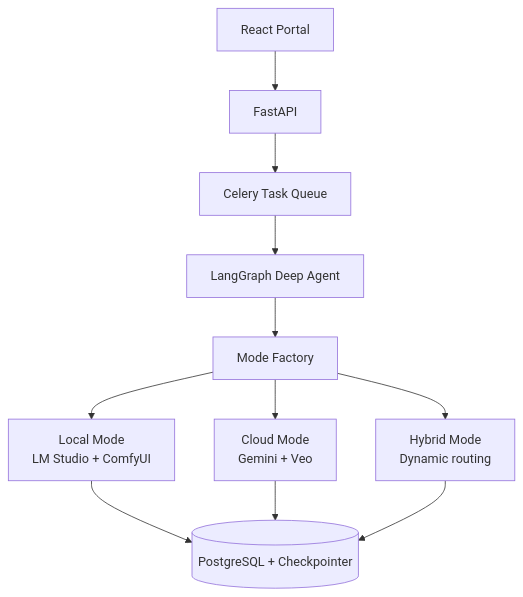
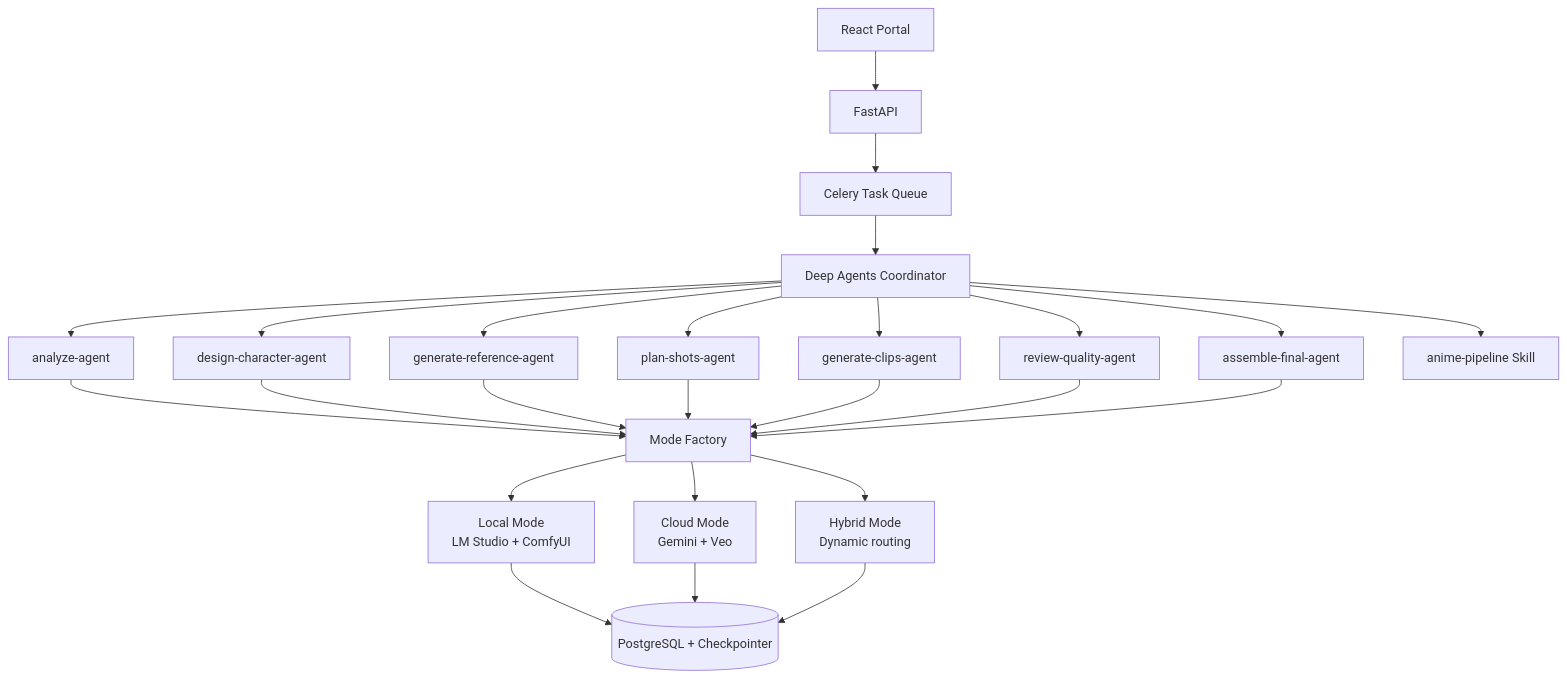
The diagram in readme.md (johnsonhk88/anime-to-live-action-Short-generate-by-GenAI), drawn with Mermaid before and after one commit. The commit also changed other lines of this file and 19 other files, not shown here.

First line of the commit message:
feat : migrate from raw LangGraph to Deep Agents framework

````diff
--- a/readme.md
+++ b/readme.md
@@ -52,14 +54,23 @@
 ```mermaid
 graph TD
     Frontend[React Portal] --> API[FastAPI]
     API --> Celery[Celery Task Queue]
-    Celery --> LangGraph[LangGraph Deep Agent]
+    Celery --> Agent[Deep Agents Coordinator]
     
-    LangGraph --> ModeFactory[Mode Factory]
+    Agent --> Sub1[analyze-agent]
+    Agent --> Sub2[design-character-agent]
+    Agent --> Sub3[generate-reference-agent]
+    Agent --> Sub4[plan-shots-agent]
+    Agent --> Sub5[generate-clips-agent]
+    Agent --> Sub6[review-quality-agent]
+    Agent --> Sub7[assemble-final-agent]
+    
+    Agent --> Skill[anime-pipeline Skill]
+    Sub1 & Sub2 & Sub3 & Sub4 & Sub5 & Sub6 & Sub7 --> ModeFactory[Mode Factory]
     
     ModeFactory --> Local[Local Mode<br/>LM Studio + ComfyUI]
     ModeFactory --> Cloud[Cloud Mode<br/>Gemini + Veo]
     ModeFactory --> Hybrid[Hybrid Mode<br/>Dynamic routing]
     
     Local & Cloud & Hybrid --> Postgres[(PostgreSQL + Checkpointer)]
 ```
````
